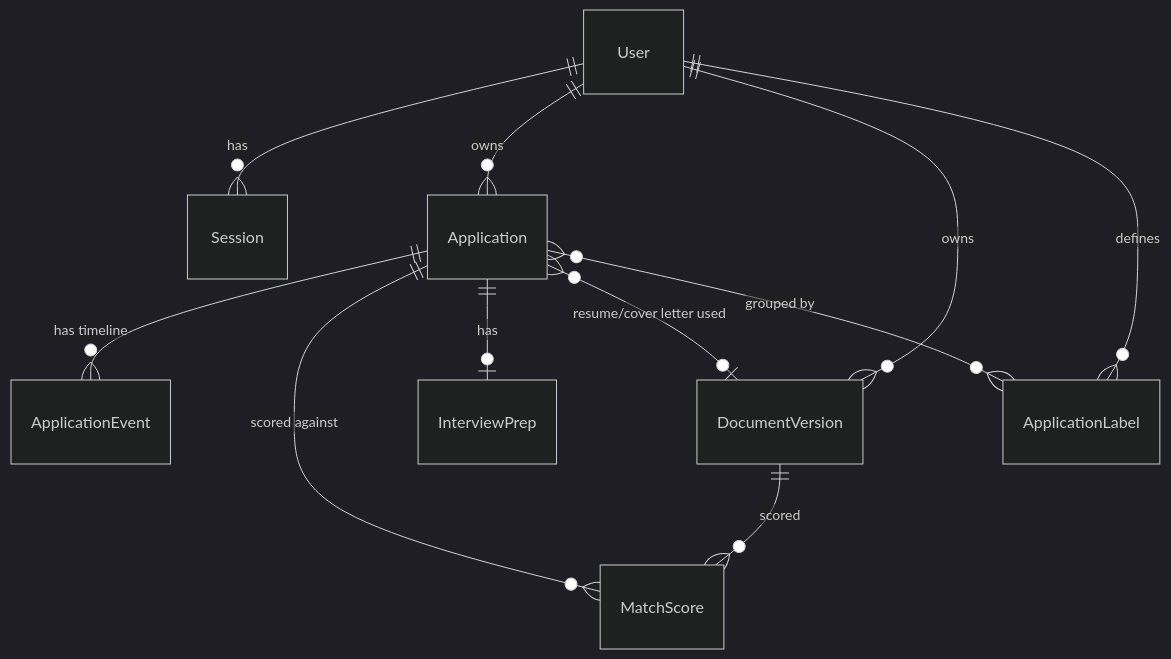
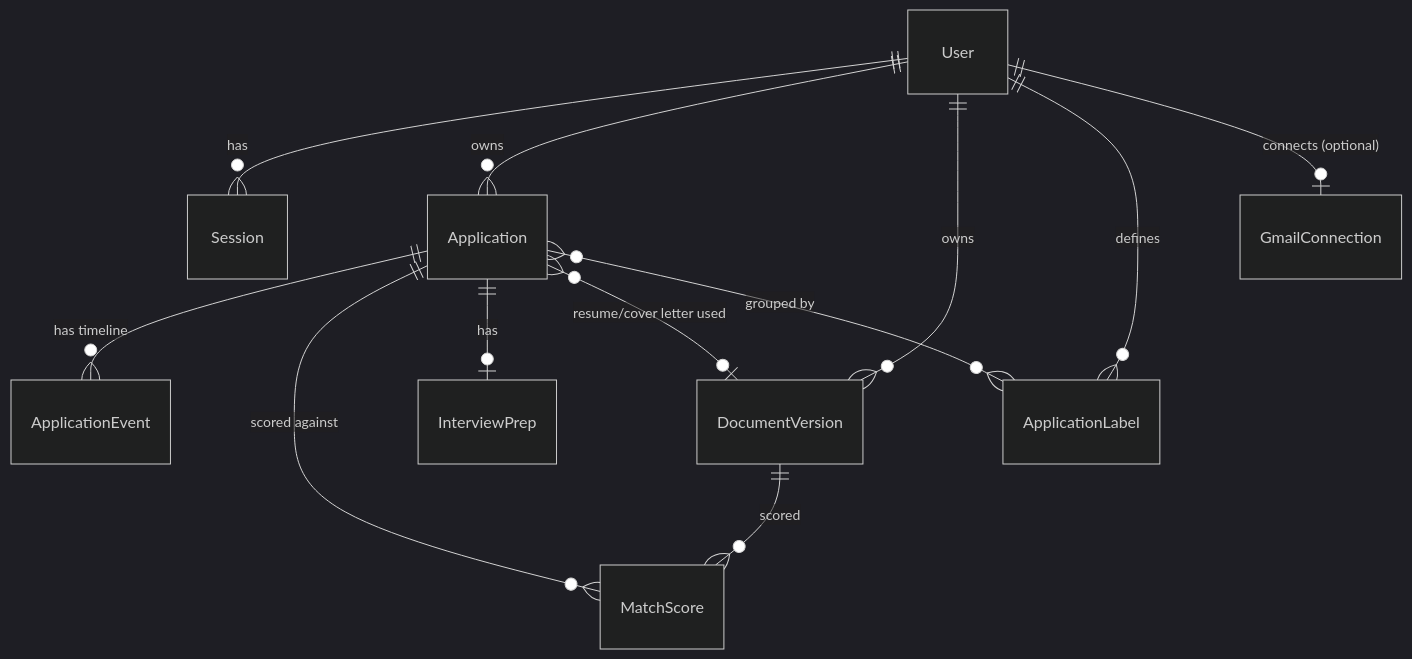
The third of 3 diagrams in docs/ARCHITECTURE.md (michael-felix/JobTrack), drawn with Mermaid (dark theme) before and after one commit. The commit also changed other lines of this file and 16 other files, not shown here.

````diff
--- a/docs/ARCHITECTURE.md
+++ b/docs/ARCHITECTURE.md
@@ -112,13 +134,14 @@
 ```mermaid
 erDiagram
     User ||--o{ Session : has
     User ||--o{ Application : owns
     User ||--o{ DocumentVersion : owns
     User ||--o{ ApplicationLabel : defines
     Application ||--o{ ApplicationEvent : "has timeline"
     Application ||--o{ MatchScore : "scored against"
     Application ||--o| InterviewPrep : has
     Application }o--o| DocumentVersion : "resume/cover letter used"
     Application }o--o{ ApplicationLabel : "grouped by"
     DocumentVersion ||--o{ MatchScore : "scored"
+    User ||--o| GmailConnection : "connects (optional)"
 ```
````
